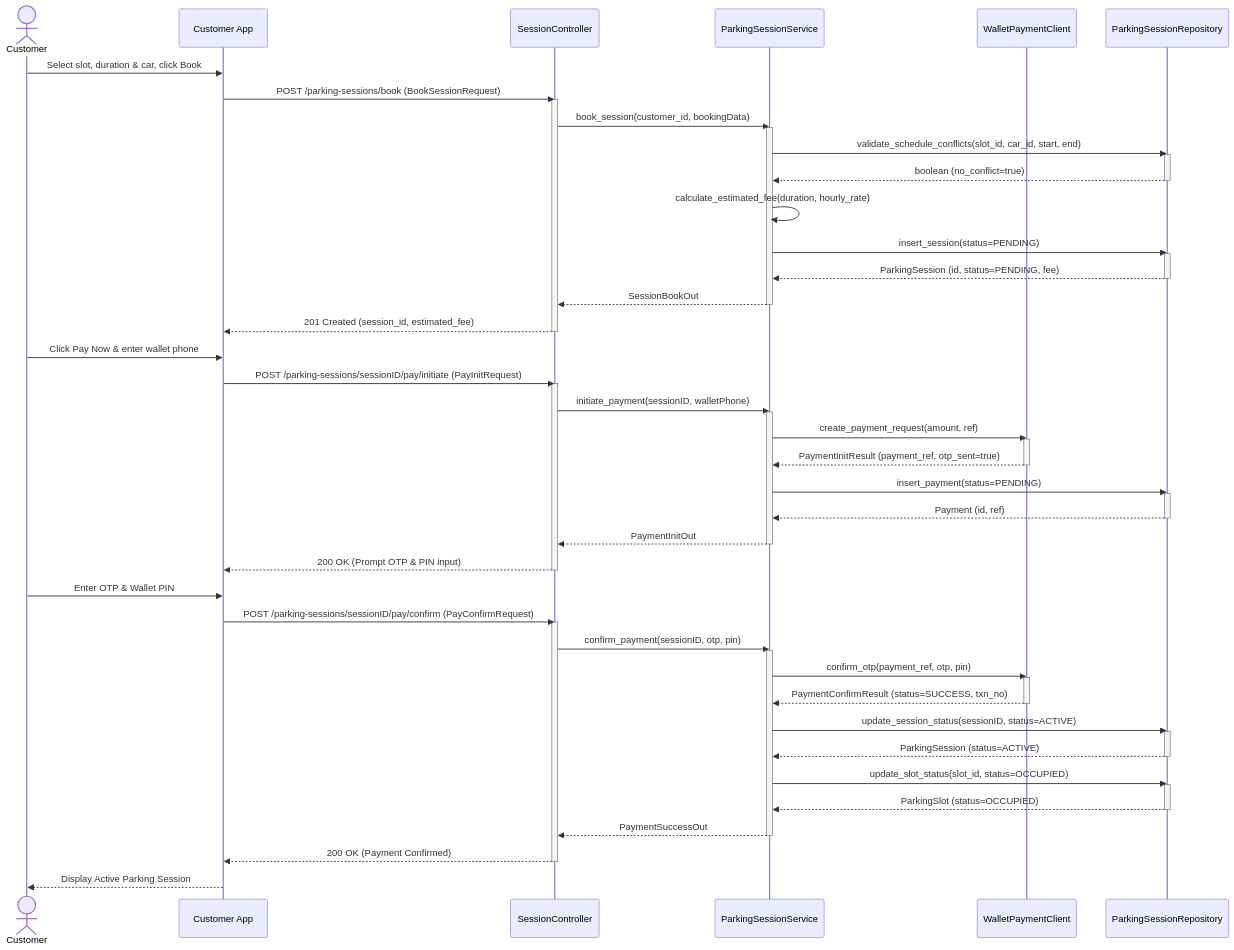
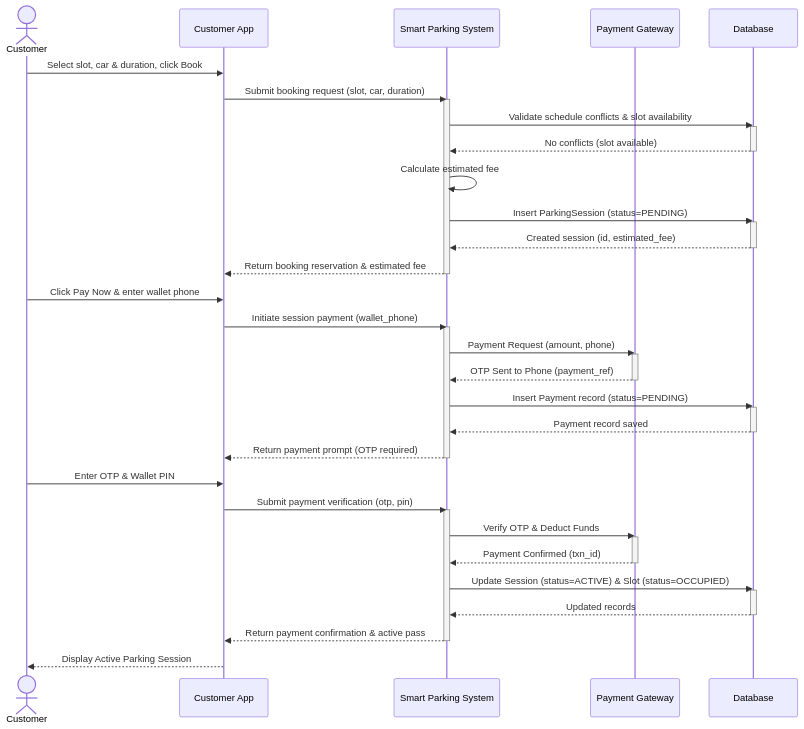
Diagram 16 of 16 in docs/Smart_Parking_Lot_System_Documentation.md (kxunsithu/smart-parking-lot-system), drawn with Mermaid before and after one commit. The commit also changed other lines of this file, not shown here.

````diff
--- a/docs/Smart_Parking_Lot_System_Documentation.md
+++ b/docs/Smart_Parking_Lot_System_Documentation.md
@@ -1485,69 +1403,52 @@
 ```mermaid
 sequenceDiagram
     actor Customer
     participant UI as Customer App
-    participant API as SessionController
-    participant Service as ParkingSessionService
-    participant Wallet as WalletPaymentClient
-    participant DB as ParkingSessionRepository
+    participant System as Smart Parking System
+    participant Wallet as Payment Gateway
+    participant DB as Database
 
-    Customer->>UI: Select slot, duration & car, click Book
-    UI->>API: POST /parking-sessions/book (BookSessionRequest)
-    activate API
-    API->>Service: book_session(customer_id, bookingData)
-    activate Service
-    Service->>DB: validate_schedule_conflicts(slot_id, car_id, start, end)
+    Customer->>UI: Select slot, car & duration, click Book
+    UI->>System: Submit booking request (slot, car, duration)
+    activate System
+    System->>DB: Validate schedule conflicts & slot availability
     activate DB
-    DB-->>Service: boolean (no_conflict=true)
+    DB-->>System: No conflicts (slot available)
     deactivate DB
-    Service->>Service: calculate_estimated_fee(duration, hourly_rate)
-    Service->>DB: insert_session(status=PENDING)
+    System->>System: Calculate estimated fee
+    System->>DB: Insert ParkingSession (status=PENDING)
     activate DB
-    DB-->>Service: ParkingSession (id, status=PENDING, fee)
+    DB-->>System: Created session (id, estimated_fee)
     deactivate DB
-    Service-->>API: SessionBookOut
-    deactivate Service
-    API-->>UI: 201 Created (session_id, estimated_fee)
-    deactivate API
+    System-->>UI: Return booking reservation & estimated fee
+    deactivate System
 
     Customer->>UI: Click Pay Now & enter wallet phone
-    UI->>API: POST /parking-sessions/sessionID/pay/initiate (PayInitRequest)
-    activate API
-    API->>Service: initiate_payment(sessionID, walletPhone)
-    activate Service
-    Service->>Wallet: create_payment_request(amount, ref)
+    UI->>System: Initiate session payment (wallet_phone)
+    activate System
+    System->>Wallet: Payment Request (amount, phone)
     activate Wallet
-    Wallet-->>Service: PaymentInitResult (payment_ref, otp_sent=true)
+    Wallet-->>System: OTP Sent to Phone (payment_ref)
     deactivate Wallet
-    Service->>DB: insert_payment(status=PENDING)
+    System->>DB: Insert Payment record (status=PENDING)
     activate DB
-    DB-->>Service: Payment (id, ref)
+    DB-->>System: Payment record saved
     deactivate DB
-    Service-->>API: PaymentInitOut
-    deactivate Service
-    API-->>UI: 200 OK (Prompt OTP & PIN input)
-    deactivate API
+    System-->>UI: Return payment prompt (OTP required)
+    deactivate System
 
     Customer->>UI: Enter OTP & Wallet PIN
-    UI->>API: POST /parking-sessions/sessionID/pay/confirm (PayConfirmRequest)
-    activate API
-    API->>Service: confirm_payment(sessionID, otp, pin)
-    activate Service
-    Service->>Wallet: confirm_otp(payment_ref, otp, pin)
+    UI->>System: Submit payment verification (otp, pin)
+    activate System
+    System->>Wallet: Verify OTP & Deduct Funds
     activate Wallet
-    Wallet-->>Service: PaymentConfirmResult (status=SUCCESS, txn_no)
+    Wallet-->>System: Payment Confirmed (txn_id)
     deactivate Wallet
-    Service->>DB: update_session_status(sessionID, status=ACTIVE)
+    System->>DB: Update Session (status=ACTIVE) & Slot (status=OCCUPIED)
     activate DB
-    DB-->>Service: ParkingSession (status=ACTIVE)
+    DB-->>System: Updated records
     deactivate DB
-    Service->>DB: update_slot_status(slot_id, status=OCCUPIED)
-    activate DB
-    DB-->>Service: ParkingSlot (status=OCCUPIED)
-    deactivate DB
-    Service-->>API: PaymentSuccessOut
-    deactivate Service
-    API-->>UI: 200 OK (Payment Confirmed)
-    deactivate API
+    System-->>UI: Return payment confirmation & active pass
+    deactivate System
     UI-->>Customer: Display Active Parking Session
 ```
````
